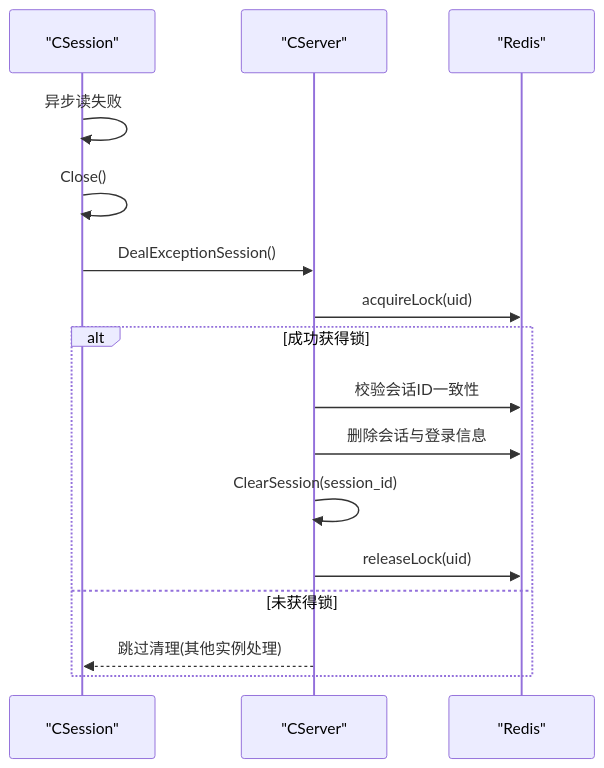
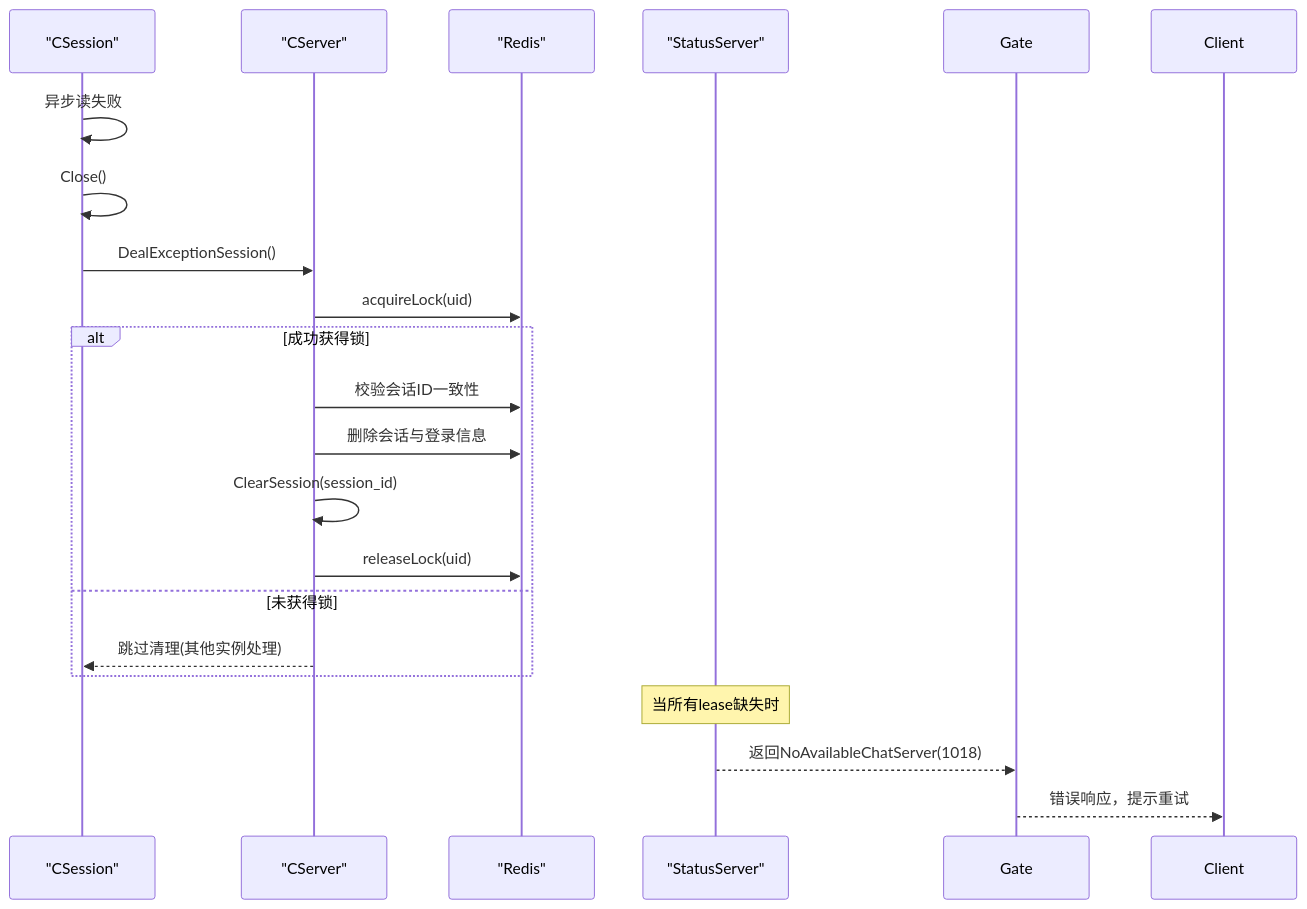
One commit to echo9923/mychatter changed the ninth of 9 diagrams in .qoder/repowiki/zh/content/分布式系统/负载均衡.md. Above: the diagram before and after it, drawn with Mermaid. The commit also changed other lines of this file and 107 other files, not shown here.

````diff
--- a/.qoder/repowiki/zh/content/分布式系统/负载均衡.md
+++ b/.qoder/repowiki/zh/content/分布式系统/负载均衡.md
@@ -351,18 +399,22 @@
 ```mermaid
 sequenceDiagram
 participant Session as "CSession"
 participant Server as "CServer"
 participant Redis as "Redis"
+participant Status as "StatusServer"
 Session->>Session : 异步读失败
 Session->>Session : Close()
 Session->>Server : DealExceptionSession()
 Server->>Redis : acquireLock(uid)
 alt 成功获得锁
 Server->>Redis : 校验会话ID一致性
 Server->>Redis : 删除会话与登录信息
 Server->>Server : ClearSession(session_id)
 Server->>Redis : releaseLock(uid)
 else 未获得锁
 Server-->>Session : 跳过清理(其他实例处理)
 end
+Note over Status : 当所有lease缺失时
+Status-->>Gate : 返回NoAvailableChatServer(1018)
+Gate-->>Client : 错误响应，提示重试
 ```
````
